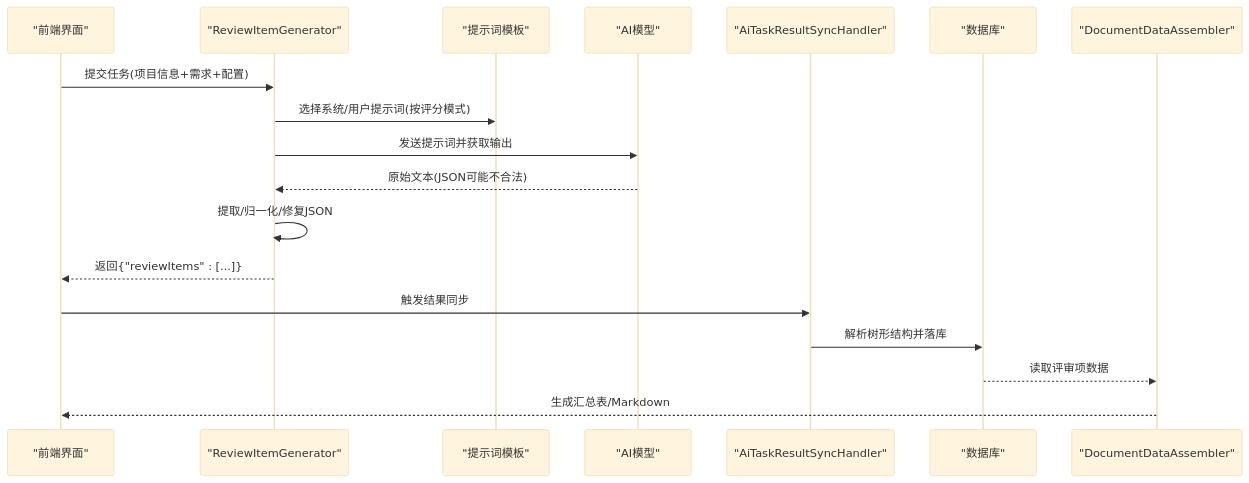
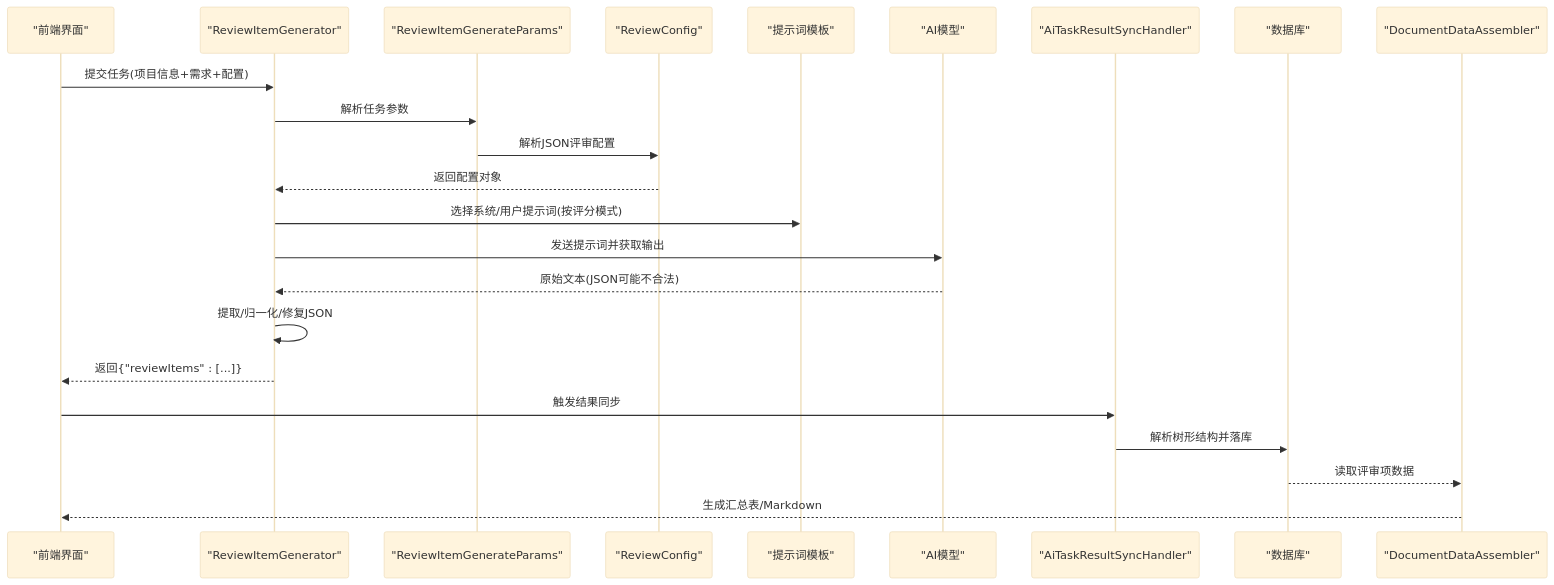
The second of 9 diagrams in .qoder/repowiki/zh/content/AI功能集成/智能文档生成/审查项生成器.md (DrunkFood/First), drawn with Mermaid (base theme) before and after one commit. The commit also changed other lines of this file and 69 other files, not shown here.

````diff
--- a/.qoder/repowiki/zh/content/AI功能集成/智能文档生成/审查项生成器.md
+++ b/.qoder/repowiki/zh/content/AI功能集成/智能文档生成/审查项生成器.md
@@ -142,20 +156,25 @@
 ```mermaid
 sequenceDiagram
 participant UI as "前端界面"
 participant Gen as "ReviewItemGenerator"
+participant Params as "ReviewItemGenerateParams"
+participant Config as "ReviewConfig"
 participant Prompt as "提示词模板"
 participant Model as "AI模型"
 participant Sync as "AiTaskResultSyncHandler"
 participant Store as "数据库"
 participant Report as "DocumentDataAssembler"
 UI->>Gen : 提交任务(项目信息+需求+配置)
+Gen->>Params : 解析任务参数
+Params->>Config : 解析JSON评审配置
+Config-->>Gen : 返回配置对象
 Gen->>Prompt : 选择系统/用户提示词(按评分模式)
 Gen->>Model : 发送提示词并获取输出
 Model-->>Gen : 原始文本(JSON可能不合法)
 Gen->>Gen : 提取/归一化/修复JSON
 Gen-->>UI : 返回{"reviewItems" : [...]}
 UI->>Sync : 触发结果同步
 Sync->>Store : 解析树形结构并落库
 Store-->>Report : 读取评审项数据
 Report-->>UI : 生成汇总表/Markdown
 ```
````
